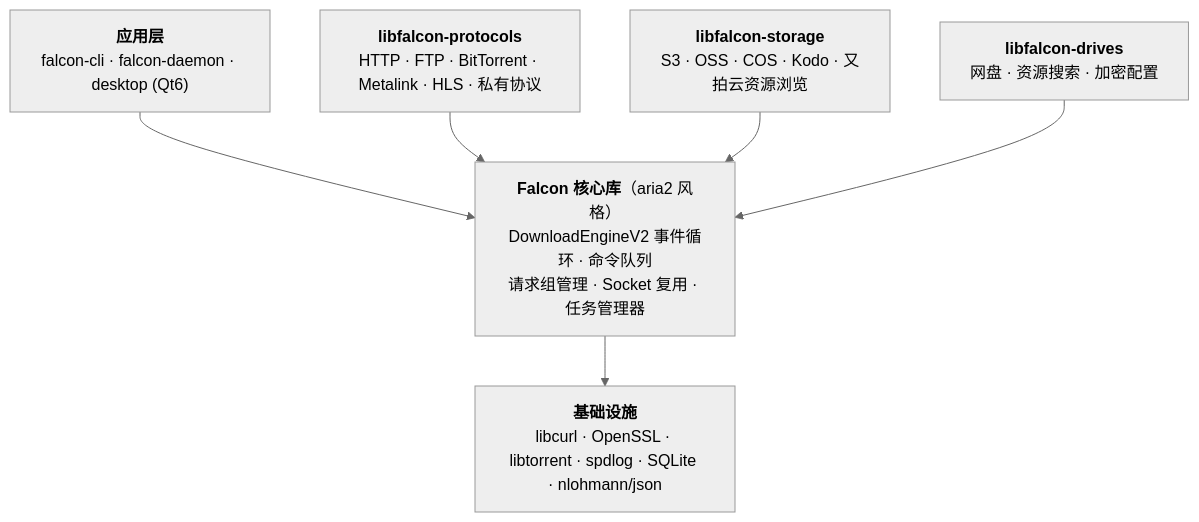
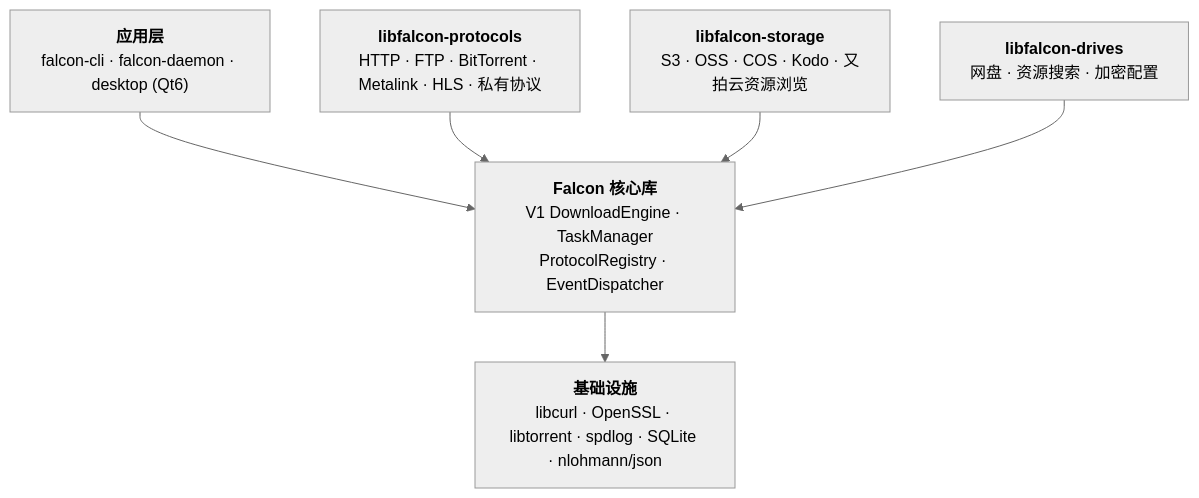
One commit to cuihairu/falcon changed the diagram in README.zh.md. Above: the diagram before and after it, drawn with Mermaid (neutral theme). The commit also changed other lines of this file and 547 other files, not shown here.

````diff
--- a/README.zh.md
+++ b/README.zh.md
@@ -306,15 +302,15 @@
 ```mermaid
 graph TD
     APP["<b>应用层</b><br/>falcon-cli · falcon-daemon · desktop (Qt6)"]
-    CORE["<b>Falcon 核心库</b>（aria2 风格）<br/>DownloadEngineV2 事件循环 · 命令队列<br/>请求组管理 · Socket 复用 · 任务管理器"]
+    CORE["<b>Falcon 核心库</b><br/>V1 DownloadEngine · TaskManager<br/>ProtocolRegistry · EventDispatcher"]
     PROTO["<b>libfalcon-protocols</b><br/>HTTP · FTP · BitTorrent · Metalink · HLS · 私有协议"]
     STOR["<b>libfalcon-storage</b><br/>S3 · OSS · COS · Kodo · 又拍云资源浏览"]
     DRV["<b>libfalcon-drives</b><br/>网盘 · 资源搜索 · 加密配置"]
     INFRA["<b>基础设施</b><br/>libcurl · OpenSSL · libtorrent · spdlog · SQLite · nlohmann/json"]
 
     APP --> CORE
     PROTO --> CORE
     STOR --> CORE
     DRV --> CORE
     CORE --> INFRA
 ```
````
